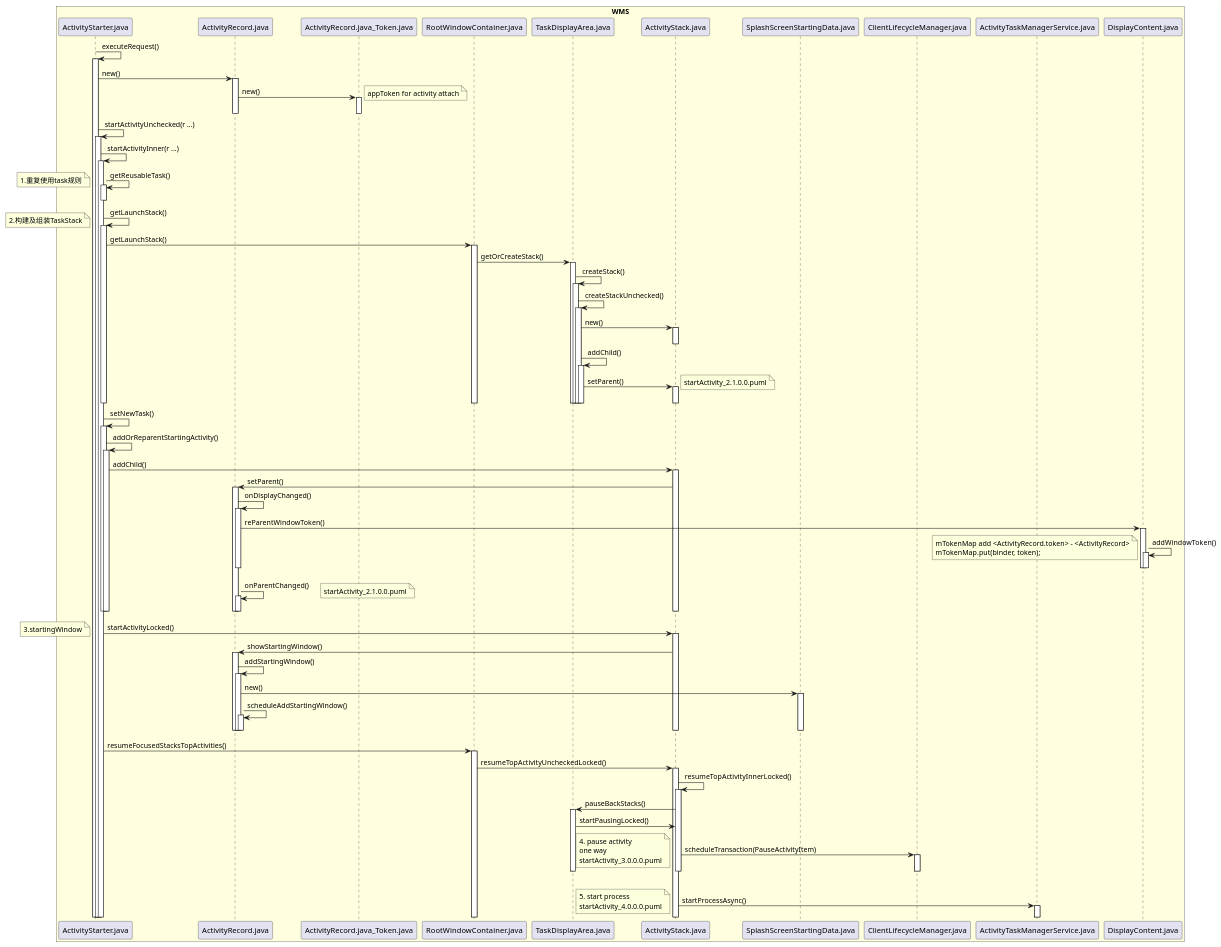
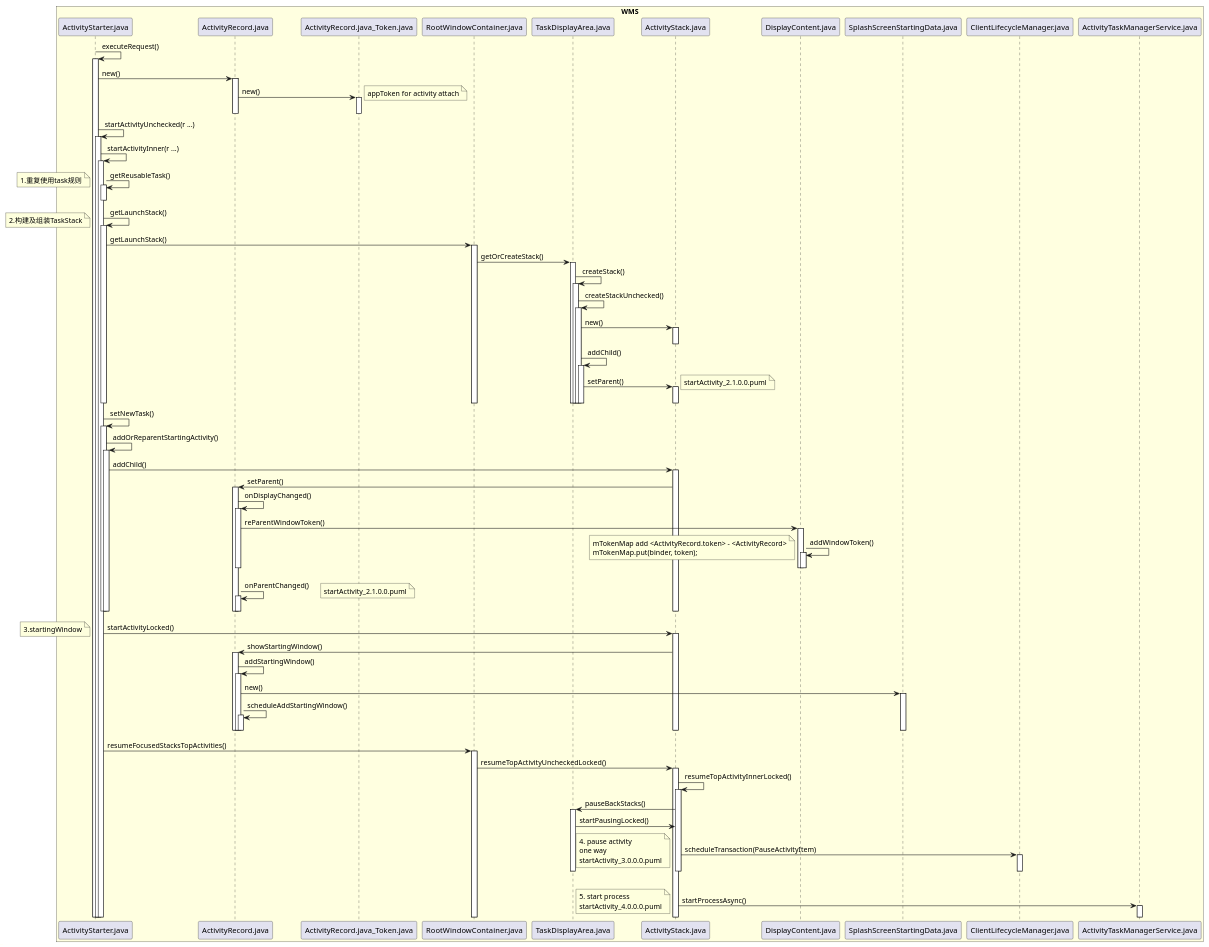
The diagram in android11/startactivity/startActivity_2.0.0.0.puml (javalive09/UML), drawn with PlantUML before and after one commit. The commit also changed other lines of this file and 17 other files, not shown here.

Commit message:
update android11 uml

```diff
--- a/android11/startactivity/startActivity_2.0.0.0.puml
+++ b/android11/startactivity/startActivity_2.0.0.0.puml
@@ -1,152 +1,152 @@
 @startuml
 
 box "WMS"  #LightYellow
 participant ActivityStarter.java
 participant ActivityRecord.java
 participant ActivityRecord.java_Token.java
 participant RootWindowContainer.java
 participant TaskDisplayArea.java
 participant ActivityStack.java
+participant DisplayContent.java
 participant SplashScreenStartingData.java
 participant ClientLifecycleManager.java
 participant ActivityTaskManagerService.java
-participant DisplayContent.java
 
 end box
 
 ActivityStarter.java -> ActivityStarter.java: executeRequest()
 activate ActivityStarter.java
 
 ActivityStarter.java -> ActivityRecord.java:new()
 activate ActivityRecord.java
 ActivityRecord.java -> ActivityRecord.java_Token.java:new()
 activate ActivityRecord.java_Token.java
 deactivate ActivityRecord.java_Token.java
 note right: appToken for activity attach
 deactivate ActivityRecord.java
 
 ActivityStarter.java -> ActivityStarter.java: startActivityUnchecked(r ...)
 activate ActivityStarter.java
 ActivityStarter.java -> ActivityStarter.java: startActivityInner(r ...)
 activate ActivityStarter.java
 ActivityStarter.java -> ActivityStarter.java: getReusableTask()
 activate ActivityStarter.java
 deactivate ActivityStarter.java
 note left:1.重复使用task规则
 
 ActivityStarter.java -> ActivityStarter.java: getLaunchStack()
 activate ActivityStarter.java
 note left:2.构建及组装TaskStack
 
 ActivityStarter.java -> RootWindowContainer.java: getLaunchStack()
 activate RootWindowContainer.java
 
 RootWindowContainer.java -> TaskDisplayArea.java: getOrCreateStack()
 activate TaskDisplayArea.java
 TaskDisplayArea.java -> TaskDisplayArea.java: createStack()
 activate TaskDisplayArea.java
 TaskDisplayArea.java -> TaskDisplayArea.java: createStackUnchecked()
 activate TaskDisplayArea.java
 TaskDisplayArea.java -> ActivityStack.java: new()
 activate ActivityStack.java
 deactivate ActivityStack.java
 TaskDisplayArea.java -> TaskDisplayArea.java: addChild()
 activate TaskDisplayArea.java
 
 TaskDisplayArea.java -> ActivityStack.java: setParent()
 activate ActivityStack.java
 note right
 startActivity_2.1.0.0.puml
 end note
 deactivate ActivityStack.java
 deactivate TaskDisplayArea.java
 deactivate TaskDisplayArea.java
 deactivate TaskDisplayArea.java
 deactivate TaskDisplayArea.java
 deactivate RootWindowContainer.java
 deactivate ActivityStarter.java
 
 ActivityStarter.java -> ActivityStarter.java: setNewTask()
 activate ActivityStarter.java
 ActivityStarter.java -> ActivityStarter.java: addOrReparentStartingActivity()
 activate ActivityStarter.java
 
 ActivityStarter.java -> ActivityStack.java: addChild()
 activate ActivityStack.java
 
 ActivityStack.java -> ActivityRecord.java: setParent()
 activate ActivityRecord.java
 ActivityRecord.java -> ActivityRecord.java: onDisplayChanged()
 activate ActivityRecord.java
 ActivityRecord.java -> DisplayContent.java: reParentWindowToken()
 activate DisplayContent.java
 DisplayContent.java -> DisplayContent.java: addWindowToken()
 activate DisplayContent.java
 deactivate DisplayContent.java
 deactivate DisplayContent.java
 note left
 mTokenMap add <ActivityRecord.token> - <ActivityRecord>
 mTokenMap.put(binder, token);
 end note
 deactivate ActivityRecord.java
 ActivityRecord.java -> ActivityRecord.java: onParentChanged()
 activate ActivityRecord.java
 note right
 startActivity_2.1.0.0.puml
 end note
 
 
 deactivate ActivityRecord.java
 deactivate ActivityRecord.java
 deactivate ActivityStack.java
 deactivate ActivityStarter.java
 deactivate ActivityStarter.java
 
 ActivityStarter.java -> ActivityStack.java: startActivityLocked()
 activate ActivityStack.java
 note left: 3.startingWindow
 ActivityStack.java -> ActivityRecord.java: showStartingWindow()
 activate ActivityRecord.java
 
 ActivityRecord.java -> ActivityRecord.java: addStartingWindow()
 activate ActivityRecord.java
 
 ActivityRecord.java -> SplashScreenStartingData.java: new()
 activate SplashScreenStartingData.java
 
 ActivityRecord.java -> ActivityRecord.java: scheduleAddStartingWindow()
 activate ActivityRecord.java
 deactivate ActivityRecord.java
 deactivate ActivityRecord.java
 deactivate ActivityRecord.java
 deactivate ActivityStack.java
 deactivate SplashScreenStartingData.java
 
 ActivityStarter.java -> RootWindowContainer.java: resumeFocusedStacksTopActivities()
 activate RootWindowContainer.java
 RootWindowContainer.java -> ActivityStack.java: resumeTopActivityUncheckedLocked()
 activate ActivityStack.java
 ActivityStack.java -> ActivityStack.java: resumeTopActivityInnerLocked()
 activate ActivityStack.java
 ActivityStack.java -> TaskDisplayArea.java: pauseBackStacks()
 activate TaskDisplayArea.java
 TaskDisplayArea.java -> ActivityStack.java: startPausingLocked()
 ActivityStack.java -> ClientLifecycleManager.java: scheduleTransaction(PauseActivityItem)
 note left
  4. pause activity
  one way
  startActivity_3.0.0.0.puml
 end note
 
 activate ClientLifecycleManager.java
 deactivate ClientLifecycleManager.java
 deactivate ActivityStack.java
 deactivate TaskDisplayArea.java
 ActivityStack.java -> ActivityTaskManagerService.java: startProcessAsync()
 activate ActivityTaskManagerService.java
 note left
 5. start process
 startActivity_4.0.0.0.puml
 end note
 
 @enduml
```
